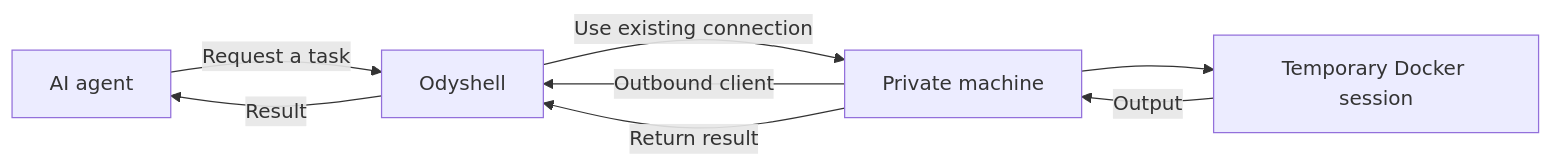
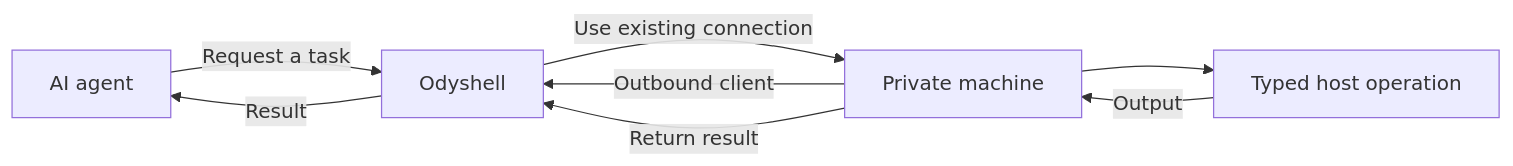
One commit to kapeka0/Odyshell changed the diagram in README.md. Above: the diagram before and after it, drawn with Mermaid. The commit also changed other lines of this file and 20 other files, not shown here.

First line of the commit message:
feat(execution): add typed host operations

````diff
--- a/README.md
+++ b/README.md
@@ -21,10 +21,10 @@
 ```mermaid
 flowchart LR
     A["AI agent"] -->|"Request a task"| O["Odyshell"]
     M["Private machine"] -->|"Outbound client"| O
     O -->|"Use existing connection"| M
-    M --> D["Temporary Docker session"]
-    D -->|"Output"| M
+    M --> E["Typed host operation"]
+    E -->|"Output"| M
     M -->|"Return result"| O
     O -->|"Result"| A
 ```
````
